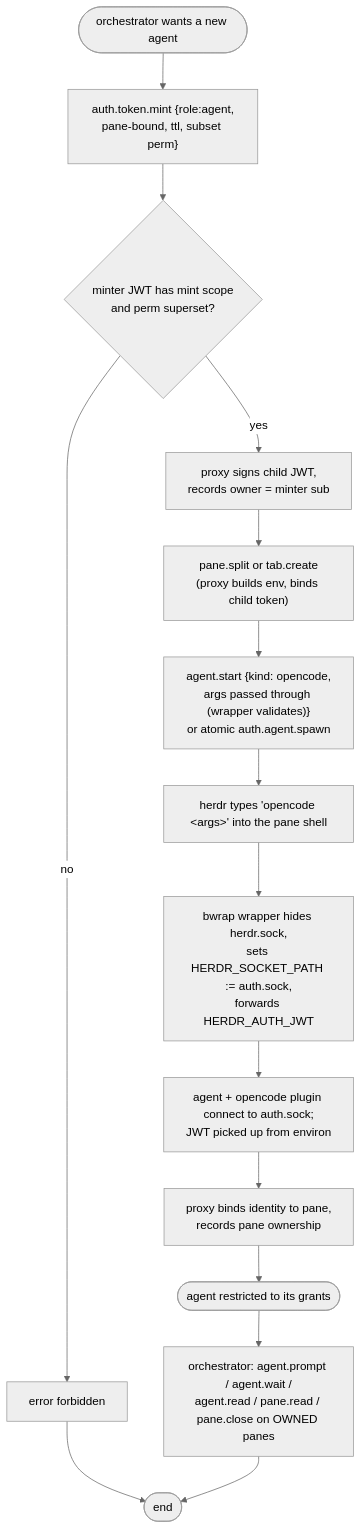
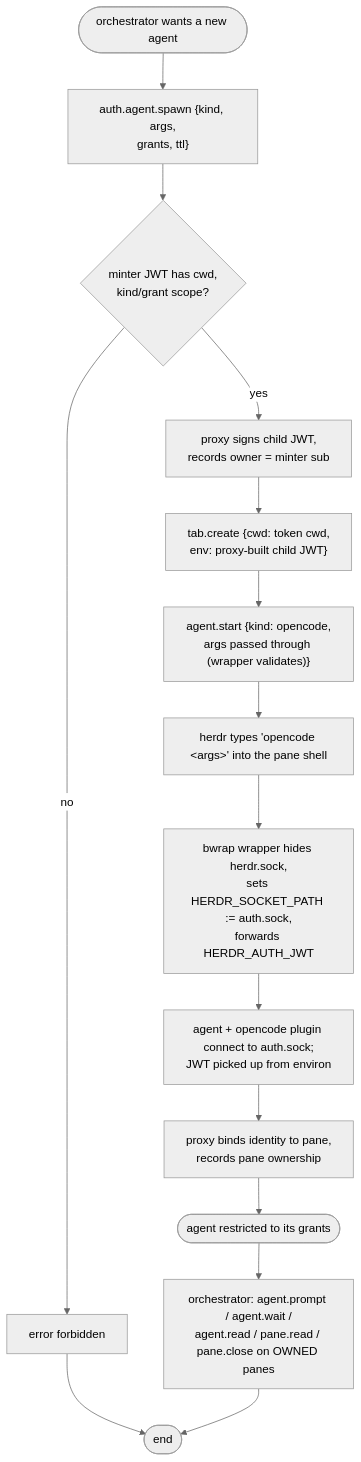
The third of 3 diagrams in ARCHITECTURE.md (butzist/herdr-auth-proxy), drawn with Mermaid (neutral theme) before and after one commit. The commit also changed other lines of this file and 15 other files, not shown here.

First line of the commit message:
feat: harden auth boundaries and token minting

````diff
--- a/ARCHITECTURE.md
+++ b/ARCHITECTURE.md
@@ -265,16 +308,16 @@
 ```mermaid
 flowchart TD
-    S([orchestrator wants a new agent]) --> T1["auth.token.mint {role:agent,<br/>pane-bound, ttl, subset perm}"]
-    T1 --> T2{minter JWT has mint scope<br/>and perm superset?}
+    S([orchestrator wants a new agent]) --> A0["auth.agent.spawn {kind, args,<br/>grants, ttl}"]
+    A0 --> T2{minter JWT has cwd,<br/>kind/grant scope?}
     T2 -- no --> D1[error forbidden] --> X([end])
     T2 -- yes --> T3[proxy signs child JWT,<br/>records owner = minter sub]
-    T3 --> P1["pane.split or tab.create<br/>(proxy builds env, binds child token)"]
-    P1 --> P2["agent.start {kind: opencode,<br/>args passed through (wrapper validates)}<br/>or atomic auth.agent.spawn"]
+    T3 --> P1["tab.create {cwd: token cwd,<br/>env: proxy-built child JWT}"]
+    P1 --> P2["agent.start {kind: opencode,<br/>args passed through (wrapper validates)}"]
     P2 --> P3[herdr types 'opencode &lt;args&gt;' into the pane shell]
     P3 --> P4[bwrap wrapper hides herdr.sock,<br/>sets HERDR_SOCKET_PATH := auth.sock,<br/>forwards HERDR_AUTH_JWT]
     P4 --> P5[agent + opencode plugin connect to auth.sock;<br/>JWT picked up from environ]
     P5 --> P6[proxy binds identity to pane,<br/>records pane ownership]
     P6 --> D2([agent restricted to its grants])
     D2 --> O1[orchestrator: agent.prompt / agent.wait /<br/>agent.read / pane.read / pane.close on OWNED panes]
     O1 --> X
 ```
````
